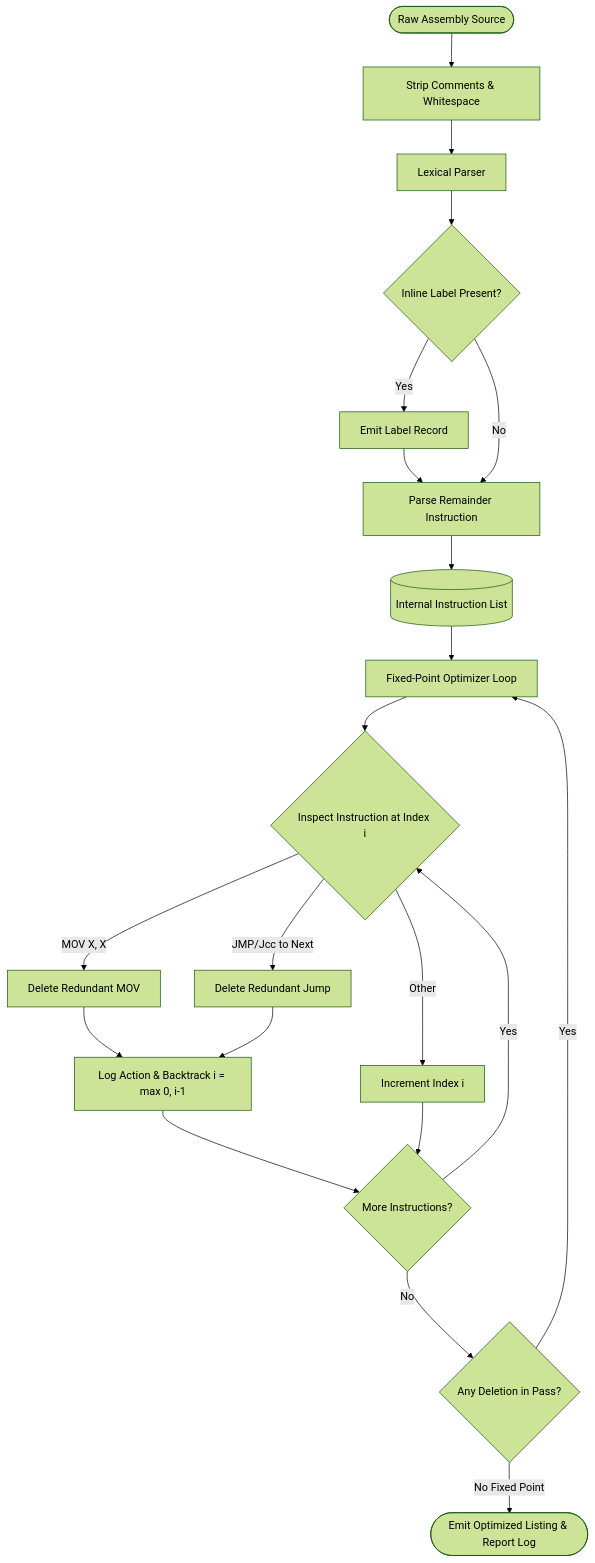
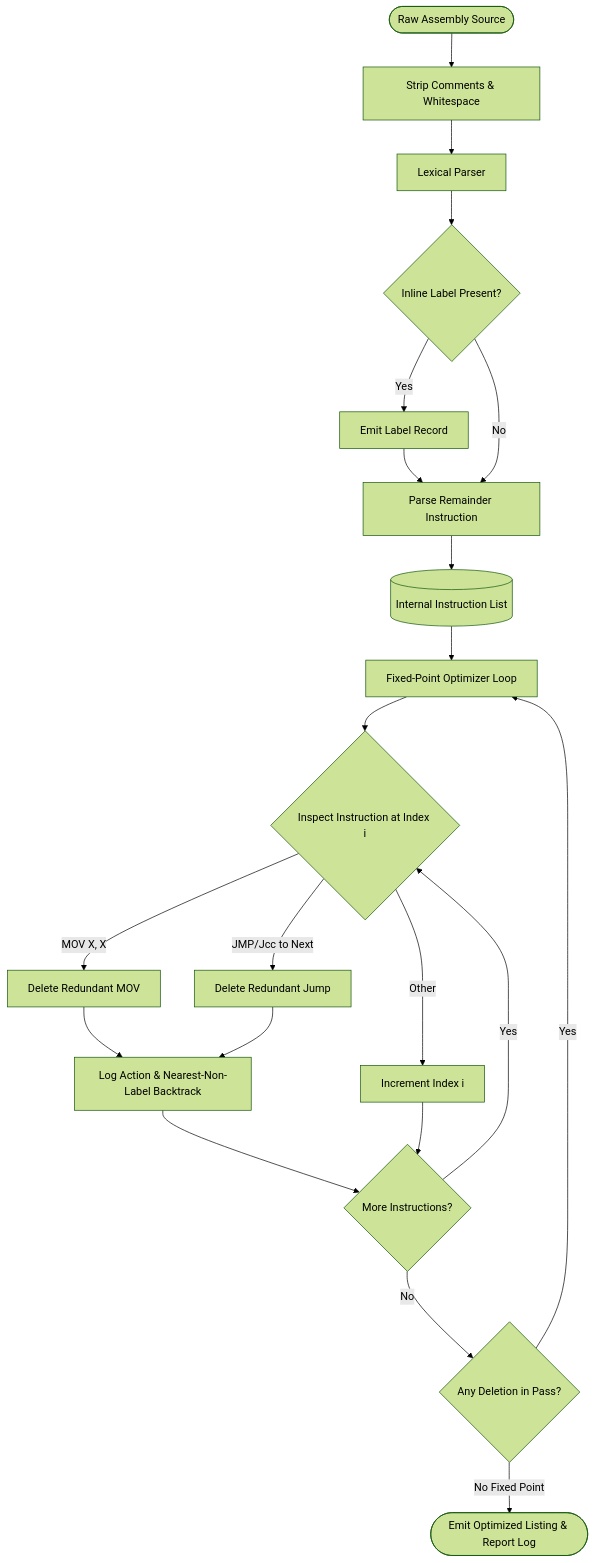
The diagram in REPORT.md (ahan7415963/Automata-Peephole-Optimizer), drawn with Mermaid (forest theme) before and after one commit. The commit also changed other lines of this file and 6 other files, not shown here.

Commit message:
Implement nearest-non-label restart rule, pass P8 test case, include full line-numbered source in Appendix A, and package submission zip

````diff
--- a/REPORT.md
+++ b/REPORT.md
@@ -81,27 +81,27 @@
 ```mermaid
 flowchart TD
     A([Raw Assembly Source]) --> B[Strip Comments & Whitespace]
     B --> C[Lexical Parser]
     C --> D{Inline Label Present?}
     D -- Yes --> E[Emit Label Record]
     E --> F[Parse Remainder Instruction]
     D -- No --> F
     F --> G[(Internal Instruction List)]
     
     G --> H[Fixed-Point Optimizer Loop]
     H --> I{Inspect Instruction at Index i}
     
     I -- MOV X, X --> J[Delete Redundant MOV]
     I -- JMP/Jcc to Next --> K[Delete Redundant Jump]
     I -- Other --> L[Increment Index i]
     
-    J --> M[Log Action & Backtrack i = max 0, i-1]
+    J --> M[Log Action & Nearest-Non-Label Backtrack]
     K --> M
     M --> N{More Instructions?}
     L --> N
     
     N -- Yes --> I
     N -- No --> O{Any Deletion in Pass?}
     O -- Yes --> H
     O -- No Fixed Point --> P([Emit Optimized Listing & Report Log])
 ```
````
